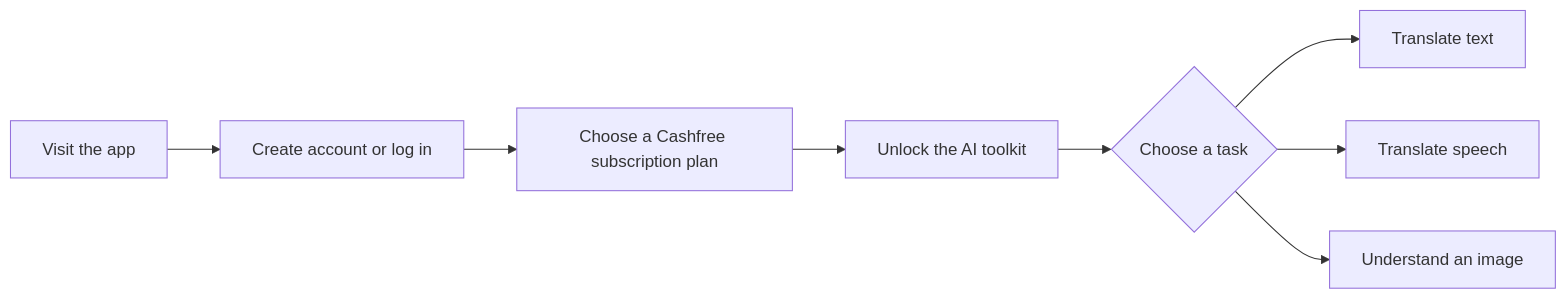
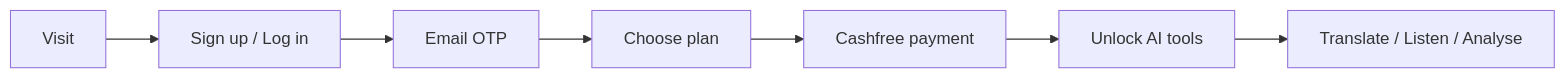
Before and after one commit to SidheshwarSarangal/cashfree-ai-new-final: the second of 6 diagrams in README.md, drawn with Mermaid. The commit also changed other lines of this file, not shown here.

````diff
--- a/README.md
+++ b/README.md
@@ -32,10 +26,9 @@
 ```mermaid
 flowchart LR
-    Visit[Visit the app] --> Account[Create account or log in]
-    Account --> Plan[Choose a Cashfree subscription plan]
-    Plan --> Tools[Unlock the AI toolkit]
-    Tools --> Choice{Choose a task}
-    Choice --> Text[Translate text]
-    Choice --> Voice[Translate speech]
-    Choice --> Image[Understand an image]
+    Visit[Visit] --> Account[Sign up / Log in]
+    Account --> Verify[Email OTP]
+    Verify --> Plan[Choose plan]
+    Plan --> Gateway[Cashfree payment]
+    Gateway --> Unlock[Unlock AI tools]
+    Unlock --> Use[Translate / Listen / Analyse]
 ```
````
